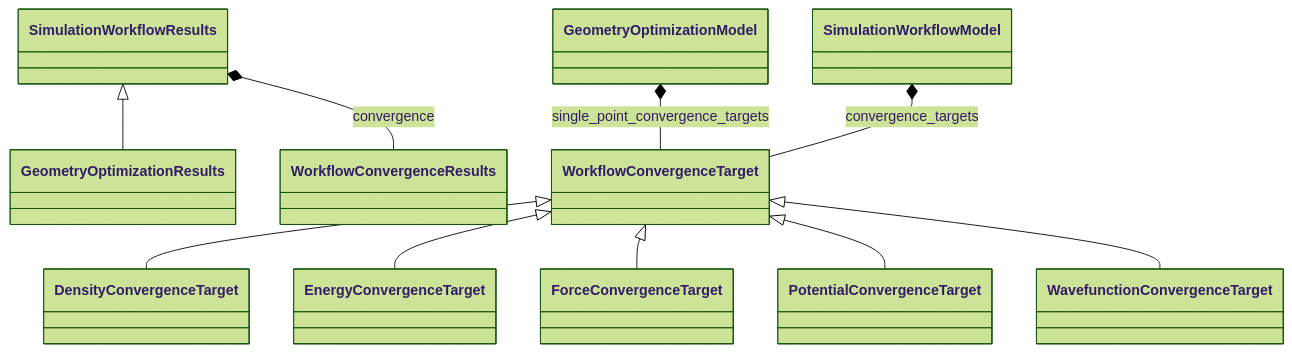
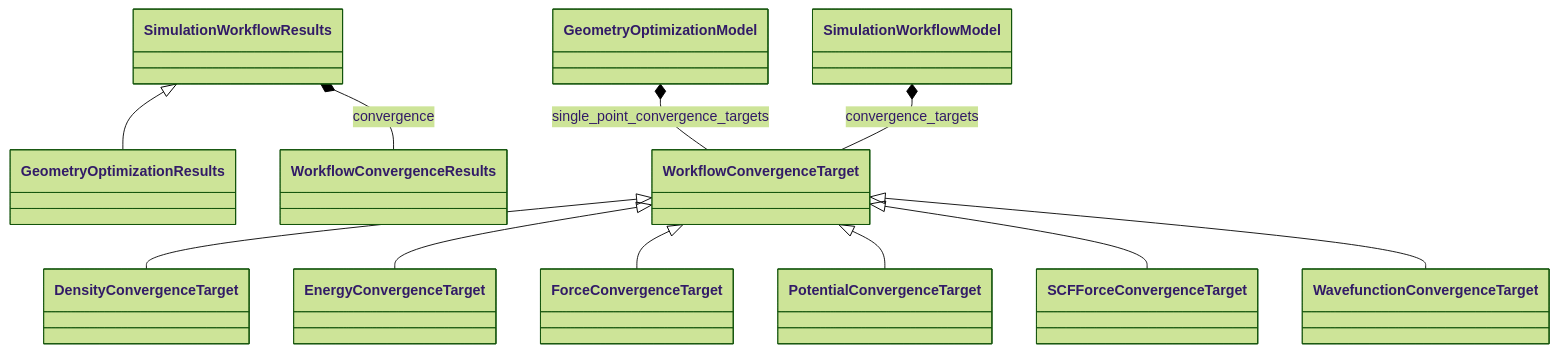
The diagram in docs/schema/workflow_convergence.md (FAIRmat-NFDI/nomad-simulations), drawn with Mermaid (forest theme) before and after one commit. The commit also changed other lines of this file and 8 other files, not shown here.

First line of the commit message:
Split SCF force convergence from the geometry force target

````diff
--- a/docs/schema/workflow_convergence.md
+++ b/docs/schema/workflow_convergence.md
@@ -11,23 +11,25 @@
 ```mermaid
 classDiagram
     class DensityConvergenceTarget
     class EnergyConvergenceTarget
     class ForceConvergenceTarget
     class GeometryOptimizationModel
     class GeometryOptimizationResults
     class PotentialConvergenceTarget
+    class SCFForceConvergenceTarget
     class SimulationWorkflowModel
     class SimulationWorkflowResults
     class WavefunctionConvergenceTarget
     class WorkflowConvergenceResults
     class WorkflowConvergenceTarget
     WorkflowConvergenceTarget <|-- DensityConvergenceTarget
     WorkflowConvergenceTarget <|-- EnergyConvergenceTarget
     WorkflowConvergenceTarget <|-- ForceConvergenceTarget
     SimulationWorkflowResults <|-- GeometryOptimizationResults
     WorkflowConvergenceTarget <|-- PotentialConvergenceTarget
+    WorkflowConvergenceTarget <|-- SCFForceConvergenceTarget
     WorkflowConvergenceTarget <|-- WavefunctionConvergenceTarget
     GeometryOptimizationModel *-- WorkflowConvergenceTarget : single_point_convergence_targets
     SimulationWorkflowModel *-- WorkflowConvergenceTarget : convergence_targets
     SimulationWorkflowResults *-- WorkflowConvergenceResults : convergence
 ```
````
